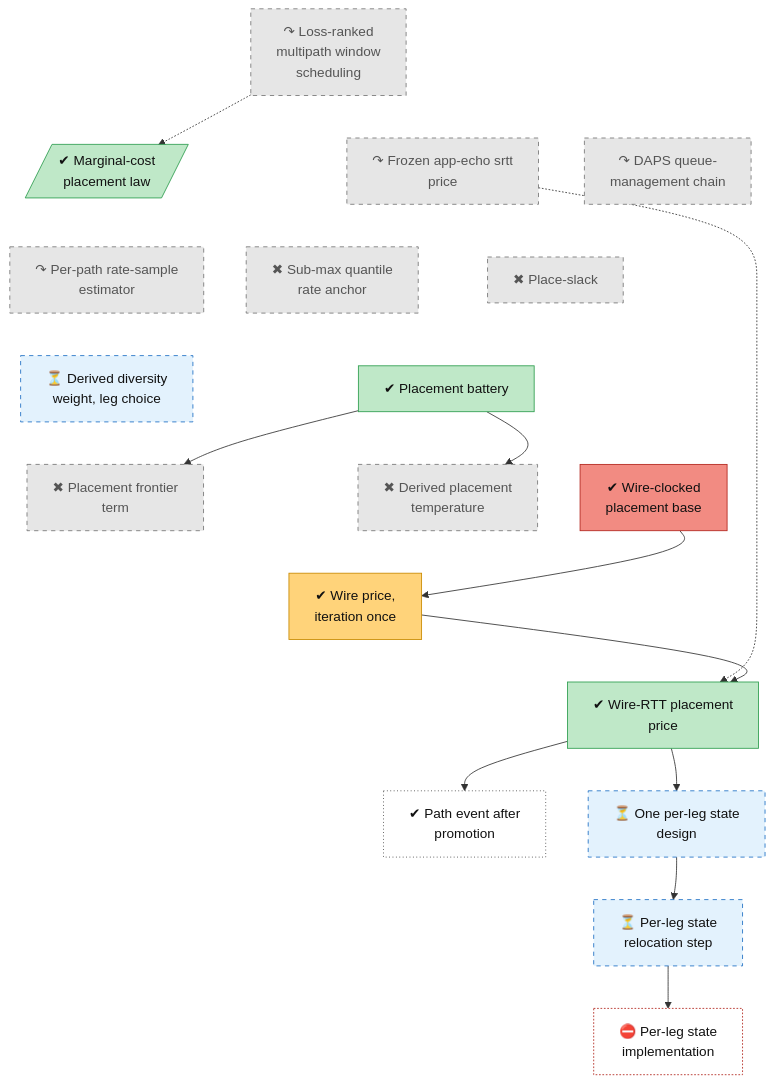
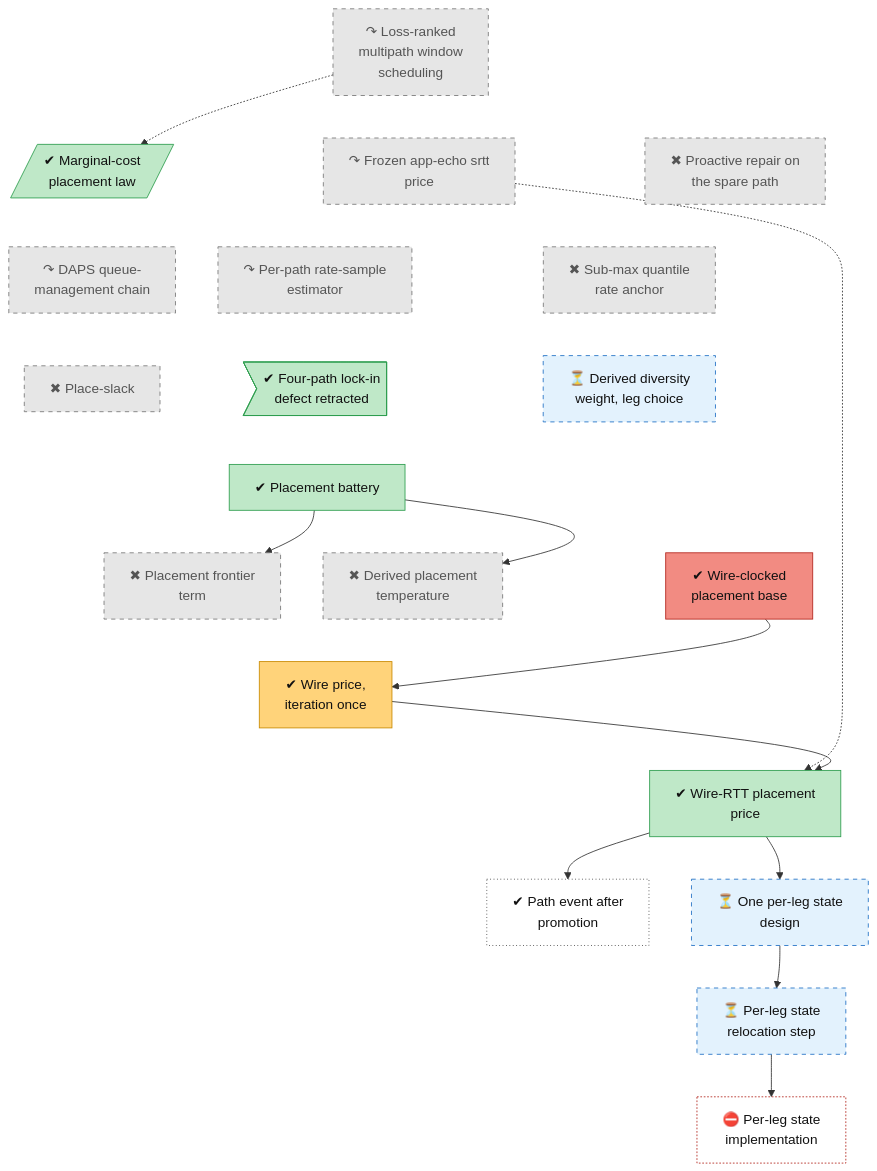
The diagram in docs/roadmap/tracks/place.md (lhns/raptorpath), drawn with Mermaid before and after one commit. The commit also changed other lines of this file and 11 other files, not shown here.

First line of the commit message:
roadmap: backfill pre-November history from the gap scan

````diff
--- a/docs/roadmap/tracks/place.md
+++ b/docs/roadmap/tracks/place.md
@@ -10,72 +10,77 @@
 ```mermaid
 flowchart TB
     place_early_window_sched["↷ Loss-ranked<br/>multipath window<br/>scheduling"]
     place_marginal_cost[/"✔ Marginal-cost<br/>placement law"/]
     place_frozen_echo["↷ Frozen app-echo srtt<br/>price"]
+    place_spare_repair["✖ Proactive repair on<br/>the spare path"]
     place_daps["↷ DAPS queue-<br/>management chain"]
     place_rate_sample["↷ Per-path rate-sample<br/>estimator"]
     place_submax_anchor["✖ Sub-max quantile<br/>rate anchor"]
     place_slack["✖ Place-slack"]
+    place_quad_lockin>"✔ Four-path lock-in<br/>defect retracted"]
     place_wdiv["⏳ Derived diversity<br/>weight, leg choice"]
     place_stage2_battery["✔ Placement battery"]
     place_hol["✖ Placement frontier<br/>term"]
     place_t_derived["✖ Derived placement<br/>temperature"]
     place_s38_wire["✔ Wire-clocked<br/>placement base"]
     place_s41_iteration["✔ Wire price,<br/>iteration once"]
     place_wire_price["✔ Wire-RTT placement<br/>price"]
     place_path_event["✔ Path event after<br/>promotion"]
     place_per_leg_state["⏳ One per-leg state<br/>design"]
     place_per_leg_relocate["⏳ Per-leg state<br/>relocation step"]
     place_per_leg_impl["⛔ Per-leg state<br/>implementation"]
     place_early_window_sched ~~~ place_marginal_cost
     place_early_window_sched ~~~ place_frozen_echo
-    place_early_window_sched ~~~ place_daps
-    place_marginal_cost ~~~ place_rate_sample
-    place_frozen_echo ~~~ place_submax_anchor
+    place_early_window_sched ~~~ place_spare_repair
+    place_marginal_cost ~~~ place_daps
+    place_frozen_echo ~~~ place_rate_sample
+    place_spare_repair ~~~ place_submax_anchor
     place_daps ~~~ place_slack
-    place_rate_sample ~~~ place_wdiv
-    place_submax_anchor ~~~ place_stage2_battery
+    place_rate_sample ~~~ place_quad_lockin
+    place_submax_anchor ~~~ place_wdiv
     place_slack ~~~ place_stage2_battery
-    place_wdiv ~~~ place_hol
+    place_quad_lockin ~~~ place_stage2_battery
+    place_wdiv ~~~ place_stage2_battery
+    place_stage2_battery ~~~ place_hol
     place_stage2_battery ~~~ place_t_derived
     place_stage2_battery ~~~ place_s38_wire
     place_hol ~~~ place_s41_iteration
     place_t_derived ~~~ place_s41_iteration
     place_s38_wire ~~~ place_s41_iteration
     place_s41_iteration ~~~ place_wire_price
     place_wire_price ~~~ place_path_event
     place_wire_price ~~~ place_per_leg_state
     place_path_event ~~~ place_per_leg_relocate
     place_per_leg_state ~~~ place_per_leg_relocate
     place_per_leg_relocate ~~~ place_per_leg_impl
     place_early_window_sched -.-> place_marginal_cost
     place_frozen_echo -.-> place_wire_price
     place_stage2_battery --> place_hol
     place_stage2_battery --> place_t_derived
     place_s38_wire --> place_s41_iteration
     place_s41_iteration --> place_wire_price
     place_wire_price --> place_path_event
     place_wire_price --> place_per_leg_state
     place_per_leg_state --> place_per_leg_relocate
     place_per_leg_relocate --> place_per_leg_impl
     classDef vsucc fill:#2e9e4f,stroke:#1b6b34,color:#fff
     classDef succ fill:#bfe8c8,stroke:#2e9e4f,color:#111
     classDef mixed fill:#ffd37a,stroke:#c98a00,color:#111
     classDef bad fill:#f28b82,stroke:#b3261e,color:#111
     classDef dead fill:#e6e6e6,stroke:#777,stroke-dasharray:5 5,color:#555
     classDef inprog fill:#a8cdf5,stroke:#1f6fc5,color:#111
     classDef next fill:#fff,stroke:#333,color:#111
     classDef blocked fill:#fff,stroke:#b3261e,stroke-dasharray:2 2,color:#111
     classDef parked fill:#f3f3f3,stroke:#999,color:#555
     classDef unrated fill:#fff,stroke:#333,stroke-dasharray:1 3,color:#111
     classDef userdec fill:#d9c2f0,stroke:#7b3fb5,color:#111
     classDef defect fill:#ffe0b2,stroke:#d84315,stroke-width:2px,color:#111
     classDef waiting fill:#e3f2fd,stroke:#1f6fc5,stroke-dasharray:5 5,color:#111
-    class place_early_window_sched,place_frozen_echo,place_daps,place_rate_sample,place_submax_anchor,place_slack,place_hol,place_t_derived dead
-    class place_marginal_cost,place_stage2_battery,place_wire_price succ
+    class place_early_window_sched,place_frozen_echo,place_spare_repair,place_daps,place_rate_sample,place_submax_anchor,place_slack,place_hol,place_t_derived dead
+    class place_marginal_cost,place_quad_lockin,place_stage2_battery,place_wire_price succ
     class place_wdiv,place_per_leg_state,place_per_leg_relocate waiting
     class place_s38_wire bad
     class place_s41_iteration mixed
     class place_path_event unrated
     class place_per_leg_impl blocked
 ```
````
